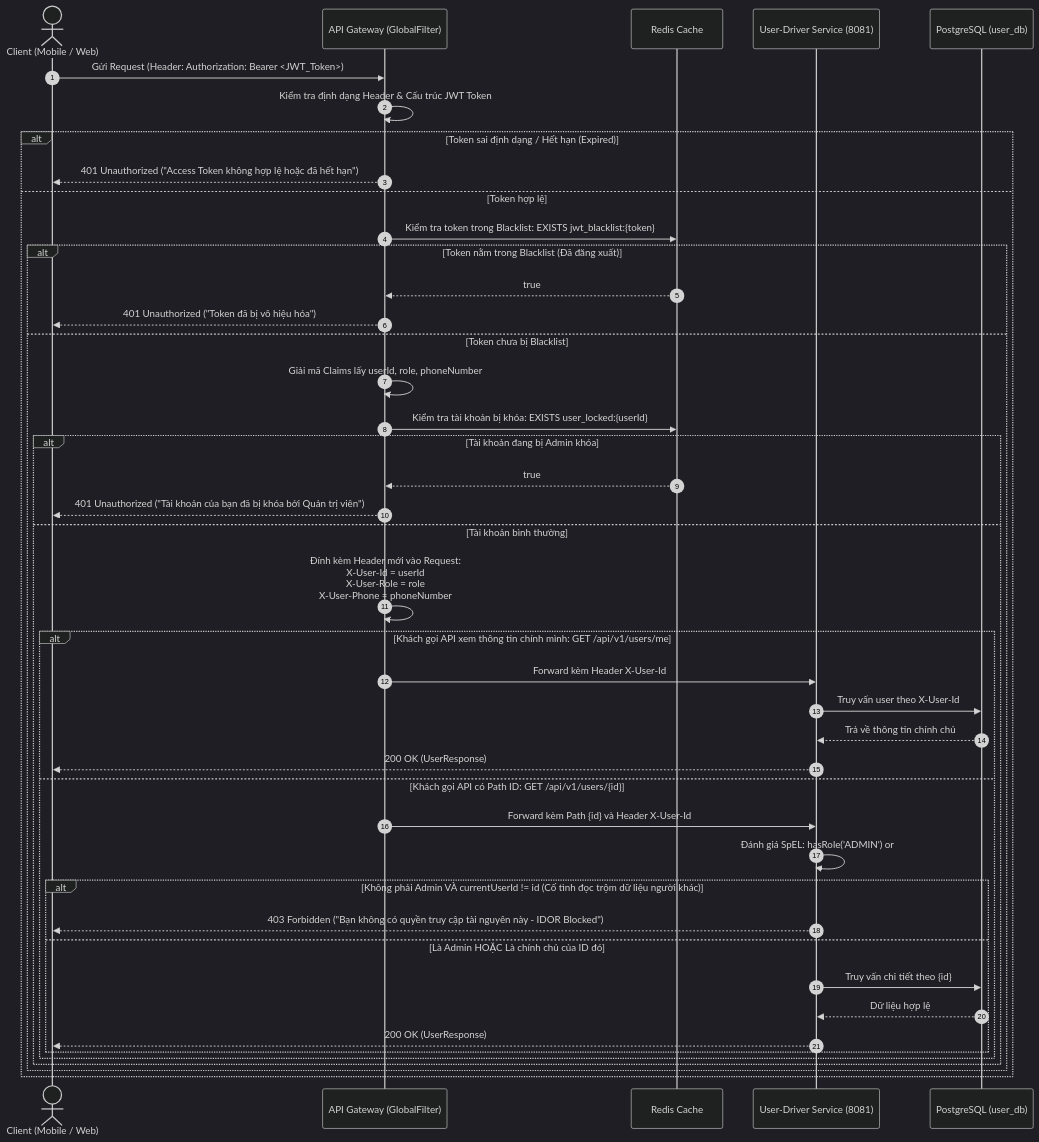
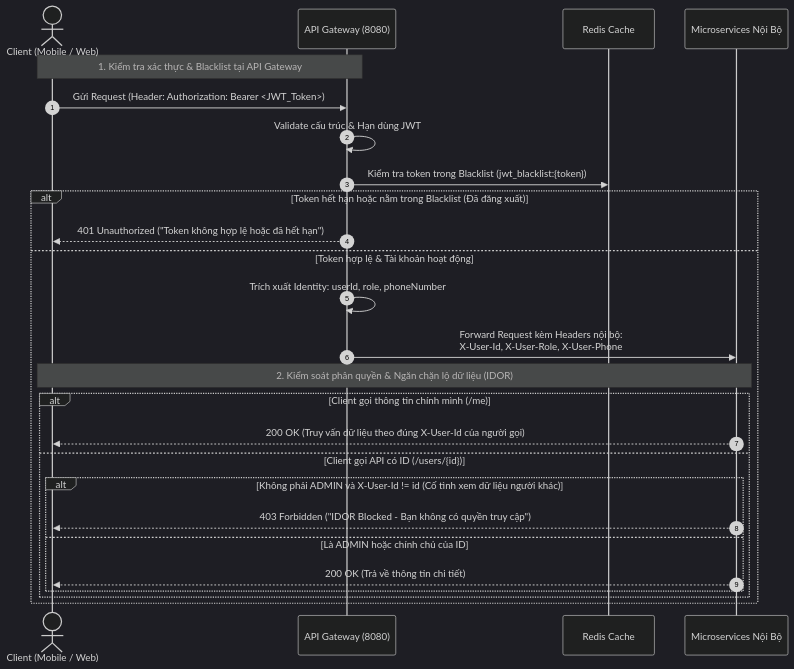
The fourth of 5 diagrams in DOCUMENT/BUSINESS_FLOW_SPECIFICATION.md (AnhQuocs/OmniGo), drawn with Mermaid (dark theme) before and after one commit. The commit also changed other lines of this file and 61 other files, not shown here.

````diff
--- a/DOCUMENT/BUSINESS_FLOW_SPECIFICATION.md
+++ b/DOCUMENT/BUSINESS_FLOW_SPECIFICATION.md
@@ -308,48 +177,32 @@
 ```mermaid
 sequenceDiagram
     autonumber
     actor Client as Client (Mobile / Web)
-    participant Gateway as API Gateway (GlobalFilter)
+    participant Gateway as API Gateway (8080)
     participant Redis as Redis Cache
-    participant UserSvc as User-Driver Service (8081)
-    participant DB as PostgreSQL (user_db)
+    participant Service as Microservices Nội Bộ
 
+    %% 1. XÁC THỰC TOKEN TẠI CỬA NGÕ
+    Note over Client, Gateway: 1. Kiểm tra xác thực & Blacklist tại API Gateway
     Client->>Gateway: Gửi Request (Header: Authorization: Bearer <JWT_Token>)
-    Gateway->>Gateway: Kiểm tra định dạng Header & Cấu trúc JWT Token
-    alt Token sai định dạng / Hết hạn (Expired)
-        Gateway-->>Client: 401 Unauthorized ("Access Token không hợp lệ hoặc đã hết hạn")
-    else Token hợp lệ
-        Gateway->>Redis: Kiểm tra token trong Blacklist: EXISTS jwt_blacklist:{token}
-        alt Token nằm trong Blacklist (Đã đăng xuất)
-            Redis-->>Gateway: true
-            Gateway-->>Client: 401 Unauthorized ("Token đã bị vô hiệu hóa")
-        else Token chưa bị Blacklist
-            Gateway->>Gateway: Giải mã Claims lấy userId, role, phoneNumber
-            Gateway->>Redis: Kiểm tra tài khoản bị khóa: EXISTS user_locked:{userId}
-            alt Tài khoản đang bị Admin khóa
-                Redis-->>Gateway: true
-                Gateway-->>Client: 401 Unauthorized ("Tài khoản của bạn đã bị khóa bởi Quản trị viên")
-            else Tài khoản bình thường
-                Gateway->>Gateway: Đính kèm Header mới vào Request:<br>X-User-Id = userId<br>X-User-Role = role<br>X-User-Phone = phoneNumber
-                
-                %% KIỂM SOÁT TẠI SERVICE NỘI BỘ
-                alt Khách gọi API xem thông tin chính mình: GET /api/v1/users/me
-                    Gateway->>UserSvc: Forward kèm Header X-User-Id
-                    UserSvc->>DB: Truy vấn user theo X-User-Id
-                    DB-->>UserSvc: Trả về thông tin chính chủ
-                    UserSvc-->>Client: 200 OK (UserResponse)
-                else Khách gọi API có Path ID: GET /api/v1/users/{id}
-                    Gateway->>UserSvc: Forward kèm Path {id} và Header X-User-Id
-                    UserSvc->>UserSvc: Đánh giá SpEL: hasRole('ADMIN') or #currentUserId == #id
-                    alt Không phải Admin VÀ currentUserId != id (Cố tình đọc trộm dữ liệu người khác)
-                        UserSvc-->>Client: 403 Forbidden ("Bạn không có quyền truy cập tài nguyên này - IDOR Blocked")
-                    else Là Admin HOẶC Là chính chủ của ID đó
-                        UserSvc->>DB: Truy vấn chi tiết theo {id}
-                        DB-->>UserSvc: Dữ liệu hợp lệ
-                        UserSvc-->>Client: 200 OK (UserResponse)
-                    end
-                end
+    Gateway->>Gateway: Validate cấu trúc & Hạn dùng JWT
+    Gateway->>Redis: Kiểm tra token trong Blacklist (jwt_blacklist:{token})
+    alt Token hết hạn hoặc nằm trong Blacklist (Đã đăng xuất)
+        Gateway-->>Client: 401 Unauthorized ("Token không hợp lệ hoặc đã hết hạn")
+    else Token hợp lệ & Tài khoản hoạt động
+        Gateway->>Gateway: Trích xuất Identity: userId, role, phoneNumber
+        Gateway->>Service: Forward Request kèm Headers nội bộ:<br>X-User-Id, X-User-Role, X-User-Phone
+        
+        %% 2. CHỐNG IDOR TẠI SERVICE NỘI BỘ
+        Note over Service, Client: 2. Kiểm soát phân quyền & Ngăn chặn lộ dữ liệu (IDOR)
+        alt Client gọi thông tin chính mình (/me)
+            Service-->>Client: 200 OK (Truy vấn dữ liệu theo đúng X-User-Id của người gọi)
+        else Client gọi API có ID (/users/{id})
+            alt Không phải ADMIN và X-User-Id != id (Cố tình xem dữ liệu người khác)
+                Service-->>Client: 403 Forbidden ("IDOR Blocked - Bạn không có quyền truy cập")
+            else Là ADMIN hoặc chính chủ của ID
+                Service-->>Client: 200 OK (Trả về thông tin chi tiết)
             end
         end
     end
 ```
````
